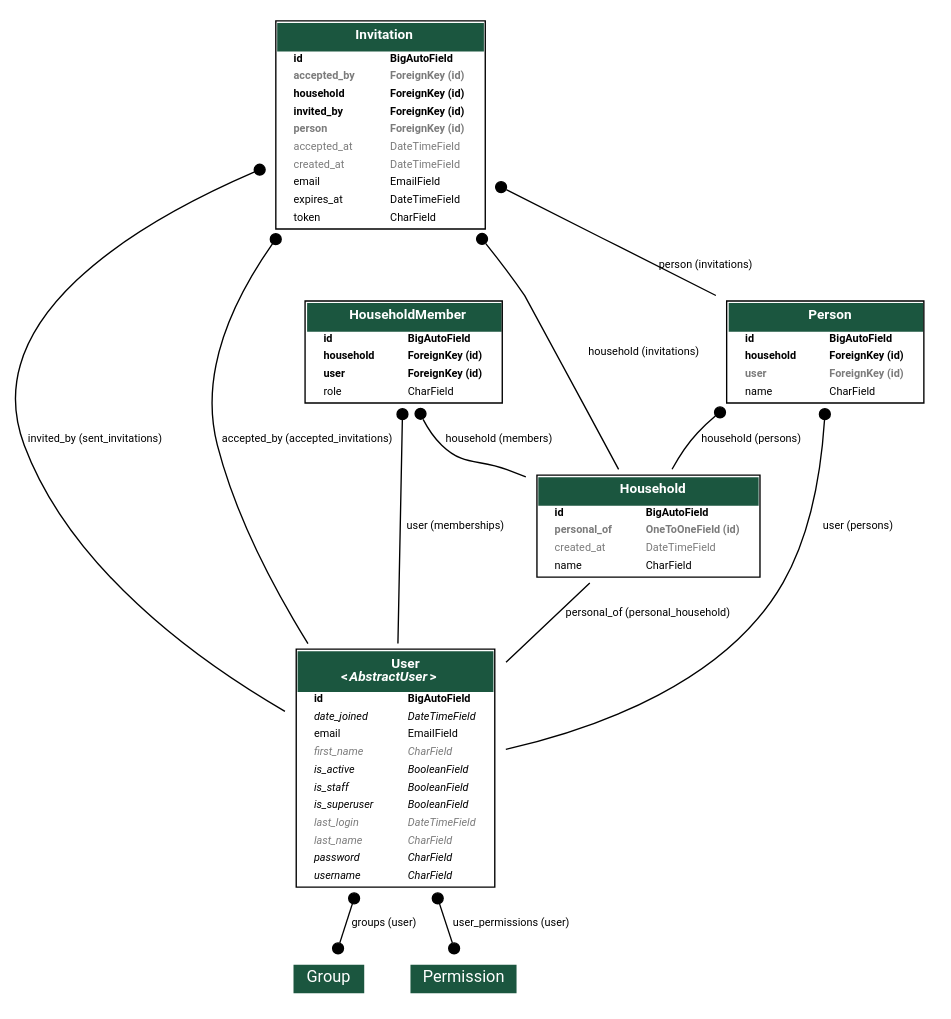
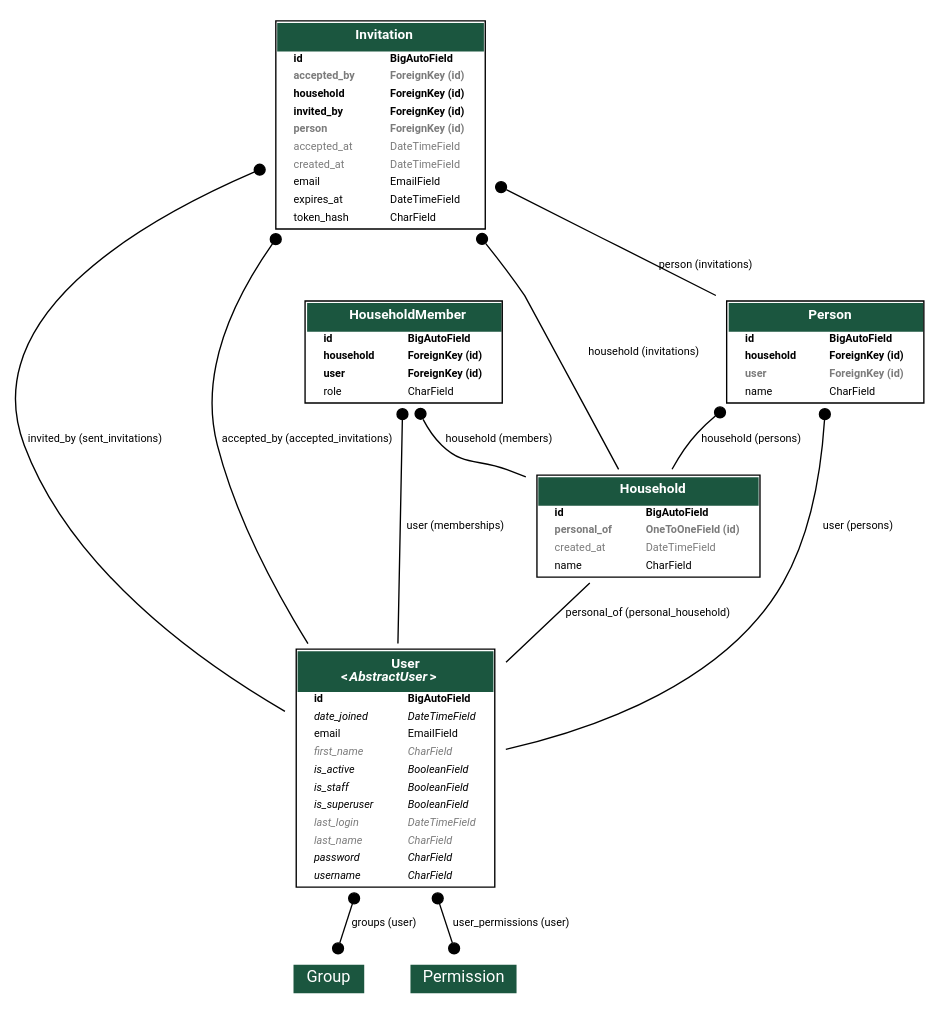
One commit to AxineTeam/tout-pris-api changed the diagram in docs/model/schema.dot. Above: the diagram before and after it, drawn with Graphviz. The commit also changed 8 other files, not shown here.

```diff
--- a/docs/model/schema.dot
+++ b/docs/model/schema.dot
@@ -330,7 +330,7 @@
   
   
     <TR><TD ALIGN="LEFT" BORDER="0">
-    <FONT FACE="Roboto">token</FONT>
+    <FONT FACE="Roboto">token_hash</FONT>
     </TD><TD ALIGN="LEFT">
     <FONT FACE="Roboto">CharField</FONT>
     </TD></TR>
```
